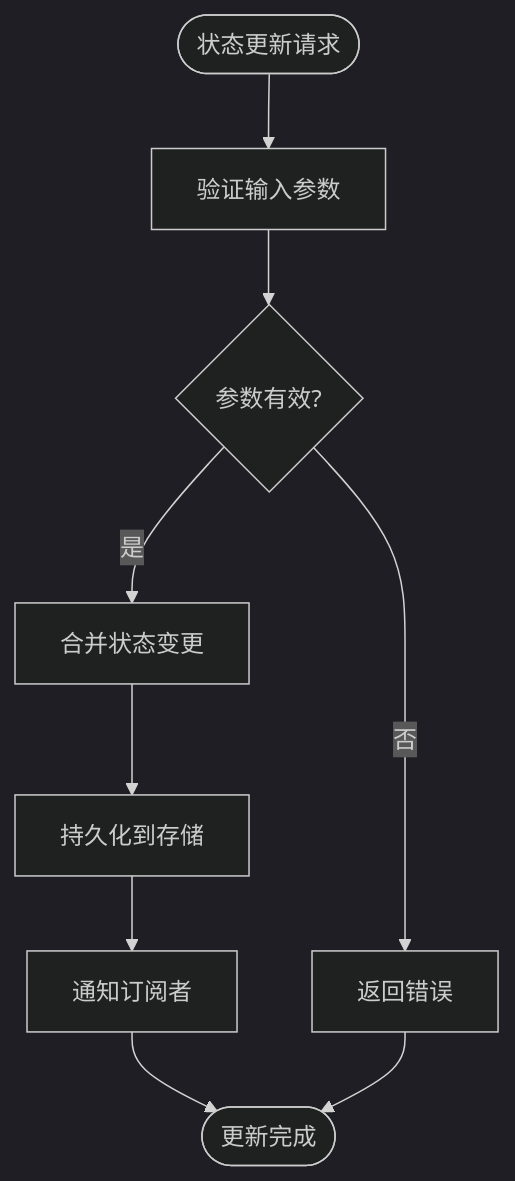
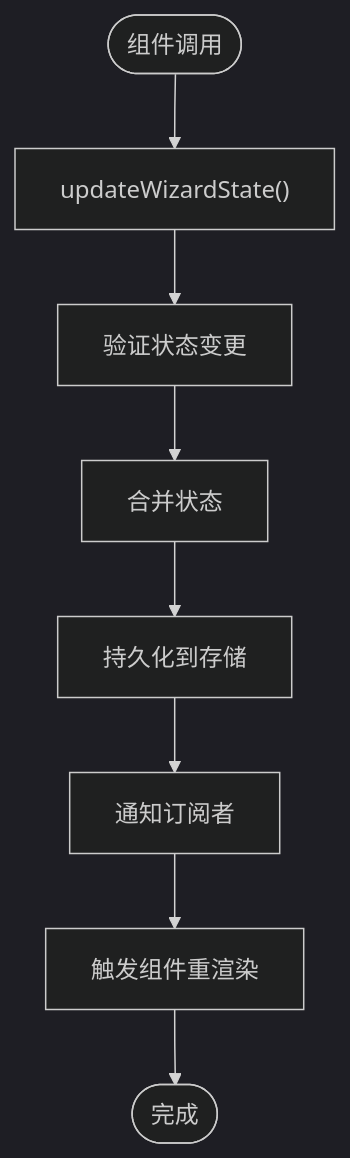
Before and after one commit to verse-ai-org/openclaw: the sixth of 9 diagrams in .qoder/repowiki/zh/content/设置向导状态管理.md, drawn with Mermaid (dark theme). The commit also changed other lines of this file and 78 other files, not shown here.

````diff
--- a/.qoder/repowiki/zh/content/设置向导状态管理.md
+++ b/.qoder/repowiki/zh/content/设置向导状态管理.md
@@ -269,11 +242,10 @@
 ```mermaid
 flowchart TD
-Start([状态更新请求]) --> Validate["验证输入参数"]
-Validate --> Valid{"参数有效?"}
-Valid --> |否| Error["返回错误"]
-Valid --> |是| Merge["合并状态变更"]
+Start([组件调用]) --> Action["updateWizardState()"]
+Action --> Validate["验证状态变更"]
+Validate --> Merge["合并状态"]
 Merge --> Persist["持久化到存储"]
 Persist --> Notify["通知订阅者"]
-Notify --> Complete([更新完成])
-Error --> Complete
+Notify --> Render["触发组件重渲染"]
+Render --> End([完成])
 ```
````
